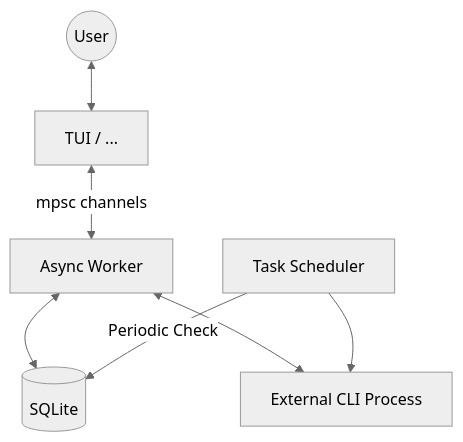
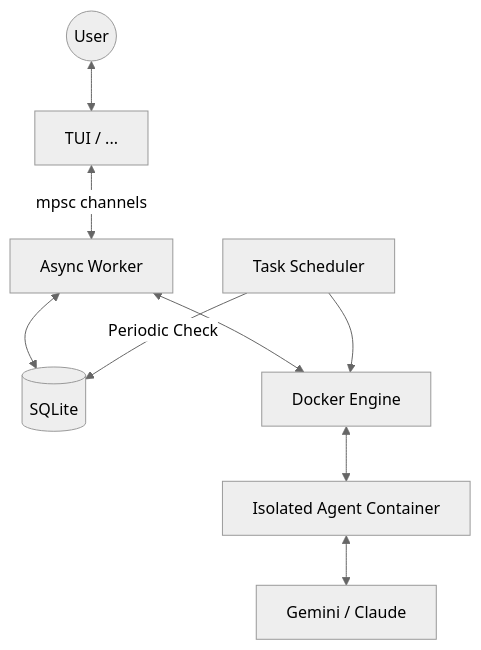
One commit to carlosas/rclaw changed the diagram in docs/INTERNALS.md. Above: the diagram before and after it, drawn with Mermaid (neutral theme). The commit also changed other lines of this file and 10 other files, not shown here.

````diff
--- a/docs/INTERNALS.md
+++ b/docs/INTERNALS.md
@@ -9,9 +9,11 @@
 ```mermaid
 graph TD
     User((User)) <--> UI[TUI / ...]
     UI <--> |mpsc channels| Worker[Async Worker]
     Worker <--> DB[(SQLite)]
-    Worker <--> CLI[External CLI Process]
+    Worker <--> Docker[Docker Engine]
+    Docker <--> Container[Isolated Agent Container]
+    Container <--> CLI[Gemini / Claude]
     Scheduler[Task Scheduler] --> |Periodic Check| DB
-    Scheduler --> CLI
+    Scheduler --> Docker
 ```
````
